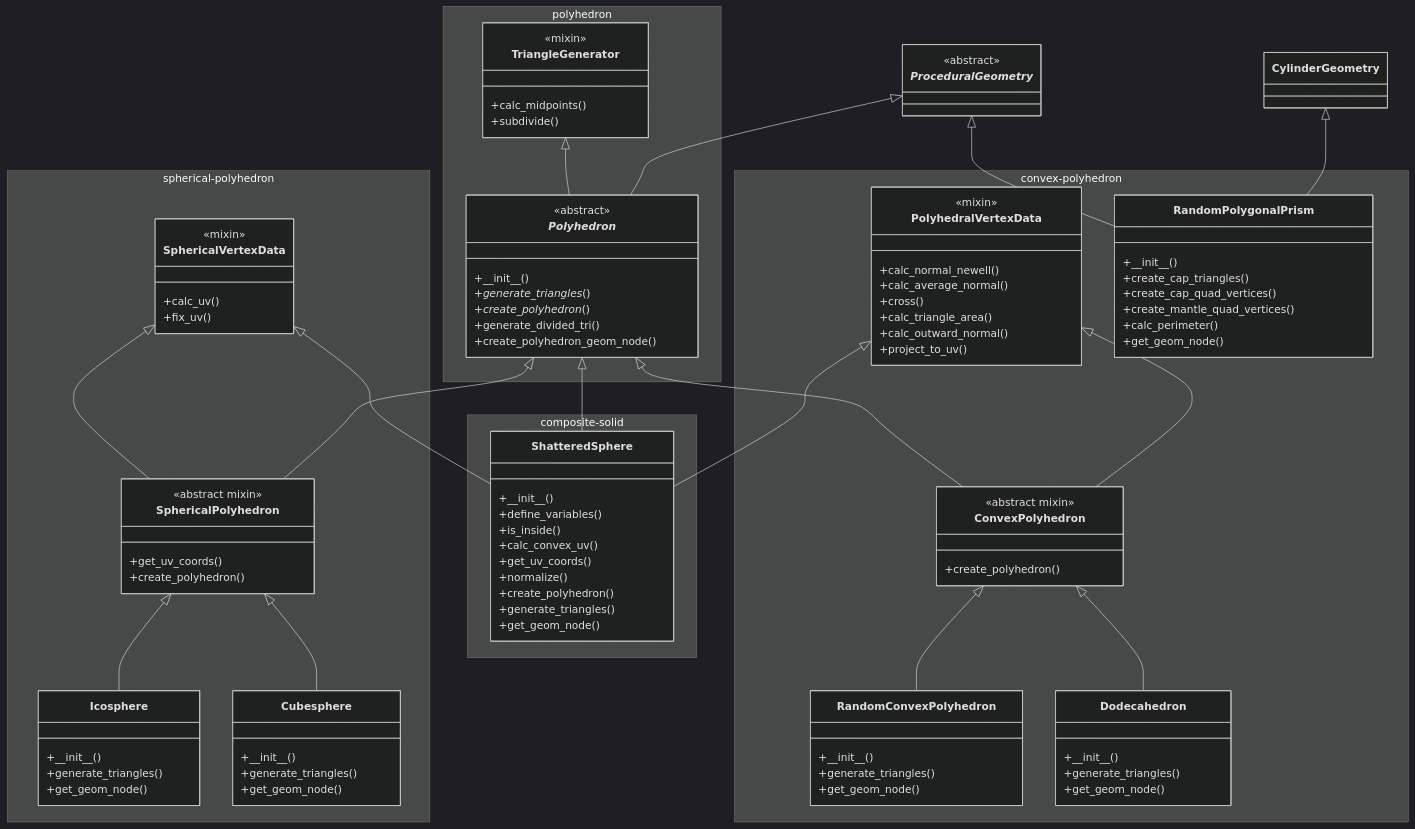
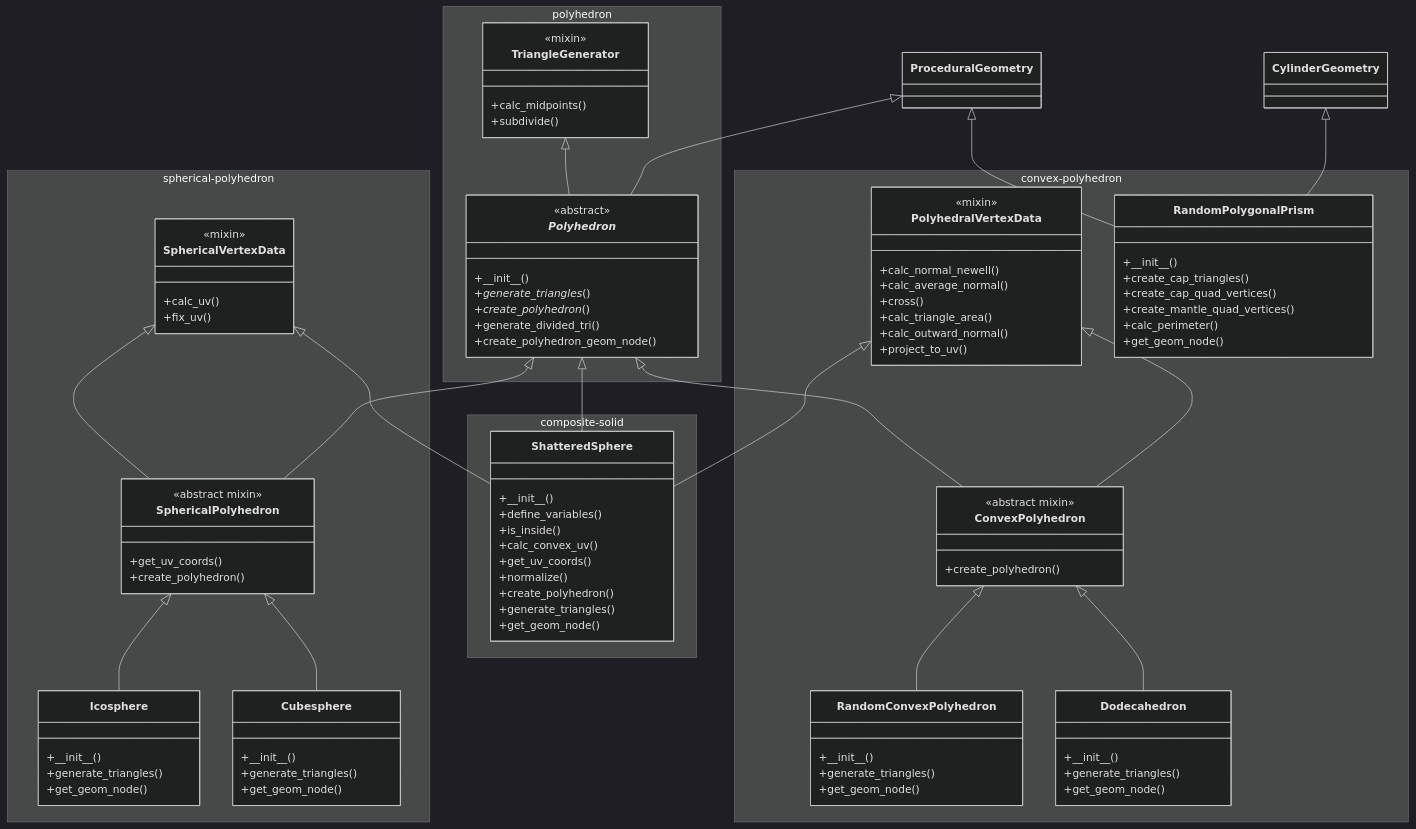
The fourth of 7 diagrams in README.md (taKana671/shapes), drawn with Mermaid (dark theme) before and after one commit. The commit also changed other lines of this file, not shown here.

````diff
--- a/README.md
+++ b/README.md
@@ -341,8 +346,8 @@
 ```mermaid
 classDiagram
 
-  class _ProceduralGeometry_{
-    <<abstract>>
+  class ProceduralGeometry{
+
   }
  
   namespace polyhedron{
@@ -445,7 +450,7 @@
   }
 
   TriangleGenerator <|-- _Polyhedron_
-  _ProceduralGeometry_ <|-- _Polyhedron_
+  ProceduralGeometry <|-- _Polyhedron_
 
   SphericalVertexData <|-- ShatteredSphere
   PolyhedralVertexData <|-- ShatteredSphere
@@ -461,7 +466,7 @@
   ConvexPolyhedron <|-- RandomConvexPolyhedron
   ConvexPolyhedron <|-- Dodecahedron
 
-  _ProceduralGeometry_ <|-- RandomPolygonalPrism
+  ProceduralGeometry <|-- RandomPolygonalPrism
   CylinderGeometry <|-- RandomPolygonalPrism
 
 ```
````
